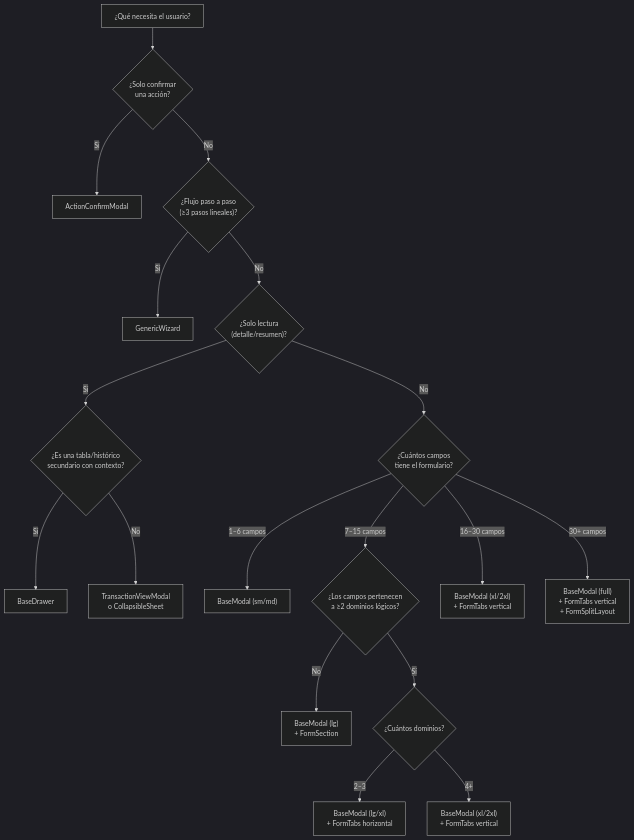
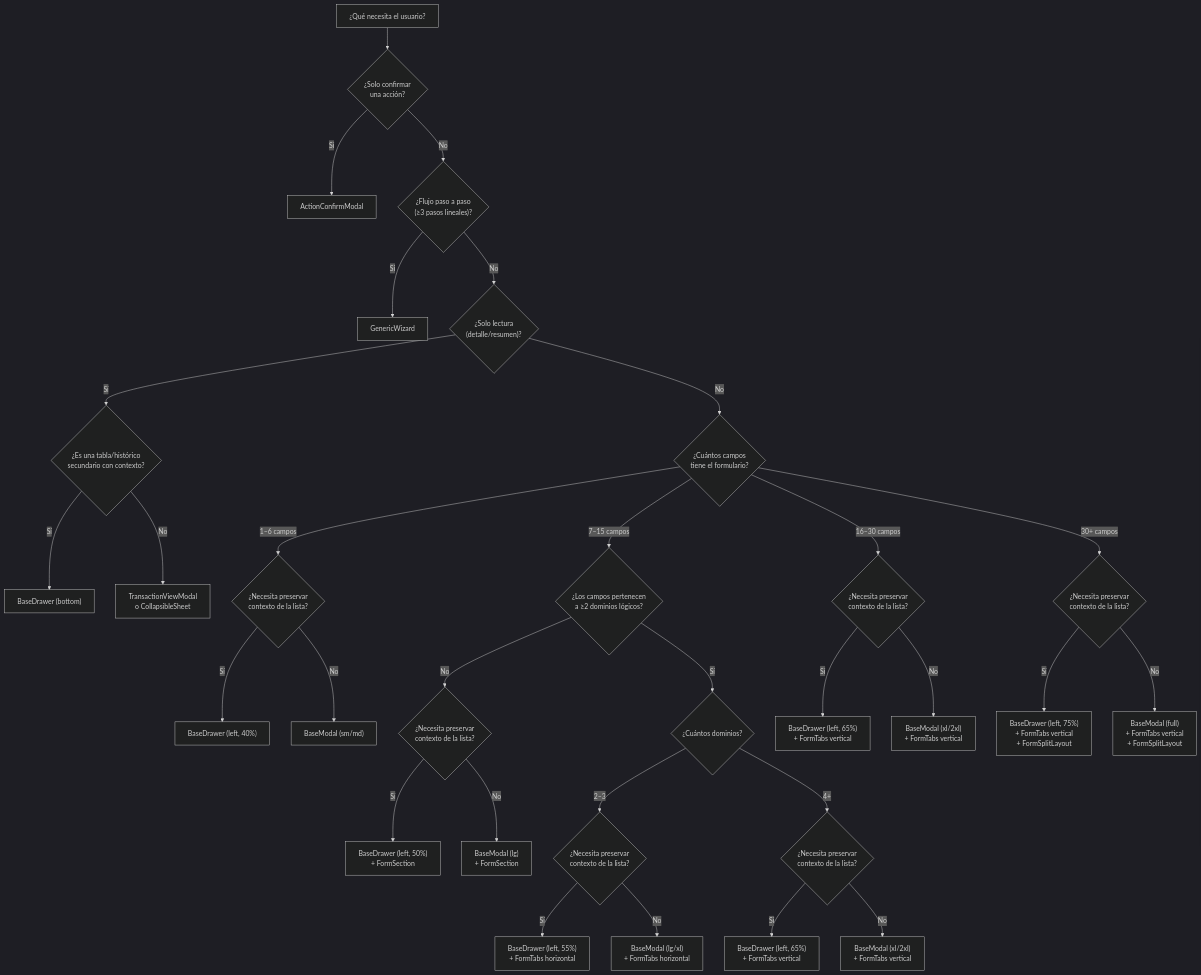
The first of 3 diagrams in docs/20-contracts/component-form-patterns.md (Patricoaa/ERPGrafico), drawn with Mermaid (dark theme) before and after one commit. The commit also changed other lines of this file and 89 other files, not shown here.

````diff
--- a/docs/20-contracts/component-form-patterns.md
+++ b/docs/20-contracts/component-form-patterns.md
@@ -29,20 +29,32 @@
 ```mermaid
 graph TD
     START["¿Qué necesita el usuario?"] --> Q1{"¿Solo confirmar<br/>una acción?"}
     Q1 -->|Sí| ACM["ActionConfirmModal"]
     Q1 -->|No| Q2{"¿Flujo paso a paso<br/>(≥3 pasos lineales)?"}
     Q2 -->|Sí| WIZ["GenericWizard"]
     Q2 -->|No| Q3{"¿Solo lectura<br/>(detalle/resumen)?"}
     Q3 -->|Sí| Q_READONLY{"¿Es una tabla/histórico<br/>secundario con contexto?"}
-    Q_READONLY -->|Sí| DRAWER["BaseDrawer"]
+    Q_READONLY -->|Sí| DRAWER["BaseDrawer (bottom)"]
     Q_READONLY -->|No| TVM["TransactionViewModal<br/>o CollapsibleSheet"]
     Q3 -->|No| Q4{"¿Cuántos campos<br/>tiene el formulario?"}
-    Q4 -->|"1–6 campos"| SIMPLE["BaseModal (sm/md)"]
+    Q4 -->|"1–6 campos"| Q_CONTEXT{"¿Necesita preservar<br/>contexto de la lista?"}
+    Q_CONTEXT -->|Sí| SIMPLE_DRAWER["BaseDrawer (left, 40%)"]
+    Q_CONTEXT -->|No| SIMPLE["BaseModal (sm/md)"]
     Q4 -->|"7–15 campos"| Q5{"¿Los campos pertenecen<br/>a ≥2 dominios lógicos?"}
-    Q5 -->|No| STANDARD["BaseModal (lg)<br/>+ FormSection"]
+    Q5 -->|No| Q_CONTEXT2{"¿Necesita preservar<br/>contexto de la lista?"}
+    Q_CONTEXT2 -->|Sí| STD_DRAWER["BaseDrawer (left, 50%)<br/>+ FormSection"]
+    Q_CONTEXT2 -->|No| STANDARD["BaseModal (lg)<br/>+ FormSection"]
     Q5 -->|Sí| Q6{"¿Cuántos dominios?"}
-    Q6 -->|"2–3"| TABS_H["BaseModal (lg/xl)<br/>+ FormTabs horizontal"]
-    Q6 -->|"4+"| TABS_V["BaseModal (xl/2xl)<br/>+ FormTabs vertical"]
-    Q4 -->|"16–30 campos"| COMPLEX["BaseModal (xl/2xl)<br/>+ FormTabs vertical"]
-    Q4 -->|"30+ campos"| MASTER["BaseModal (full)<br/>+ FormTabs vertical<br/>+ FormSplitLayout"]
+    Q6 -->|"2–3"| TABS_H_Q{"¿Necesita preservar<br/>contexto de la lista?"}
+    TABS_H_Q -->|Sí| TABS_H_DRAWER["BaseDrawer (left, 55%)<br/>+ FormTabs horizontal"]
+    TABS_H_Q -->|No| TABS_H["BaseModal (lg/xl)<br/>+ FormTabs horizontal"]
+    Q6 -->|"4+"| TABS_V_Q{"¿Necesita preservar<br/>contexto de la lista?"}
+    TABS_V_Q -->|Sí| TABS_V_DRAWER["BaseDrawer (left, 65%)<br/>+ FormTabs vertical"]
+    TABS_V_Q -->|No| TABS_V["BaseModal (xl/2xl)<br/>+ FormTabs vertical"]
+    Q4 -->|"16–30 campos"| Q_COMPLEX{"¿Necesita preservar<br/>contexto de la lista?"}
+    Q_COMPLEX -->|Sí| COMPLEX_DRAWER["BaseDrawer (left, 65%)<br/>+ FormTabs vertical"]
+    Q_COMPLEX -->|No| COMPLEX["BaseModal (xl/2xl)<br/>+ FormTabs vertical"]
+    Q4 -->|"30+ campos"| Q_MASTER{"¿Necesita preservar<br/>contexto de la lista?"}
+    Q_MASTER -->|Sí| MASTER_DRAWER["BaseDrawer (left, 75%)<br/>+ FormTabs vertical<br/>+ FormSplitLayout"]
+    Q_MASTER -->|No| MASTER["BaseModal (full)<br/>+ FormTabs vertical<br/>+ FormSplitLayout"]
 ```
````
